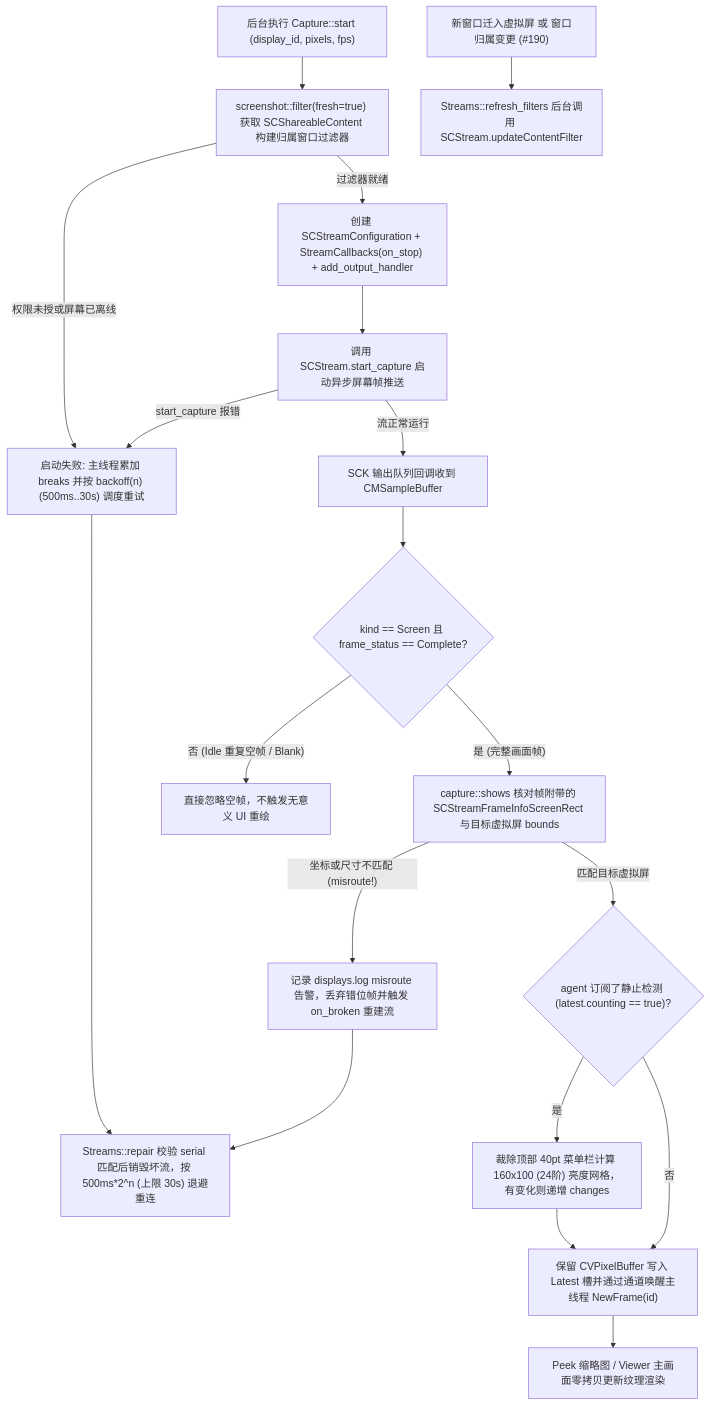
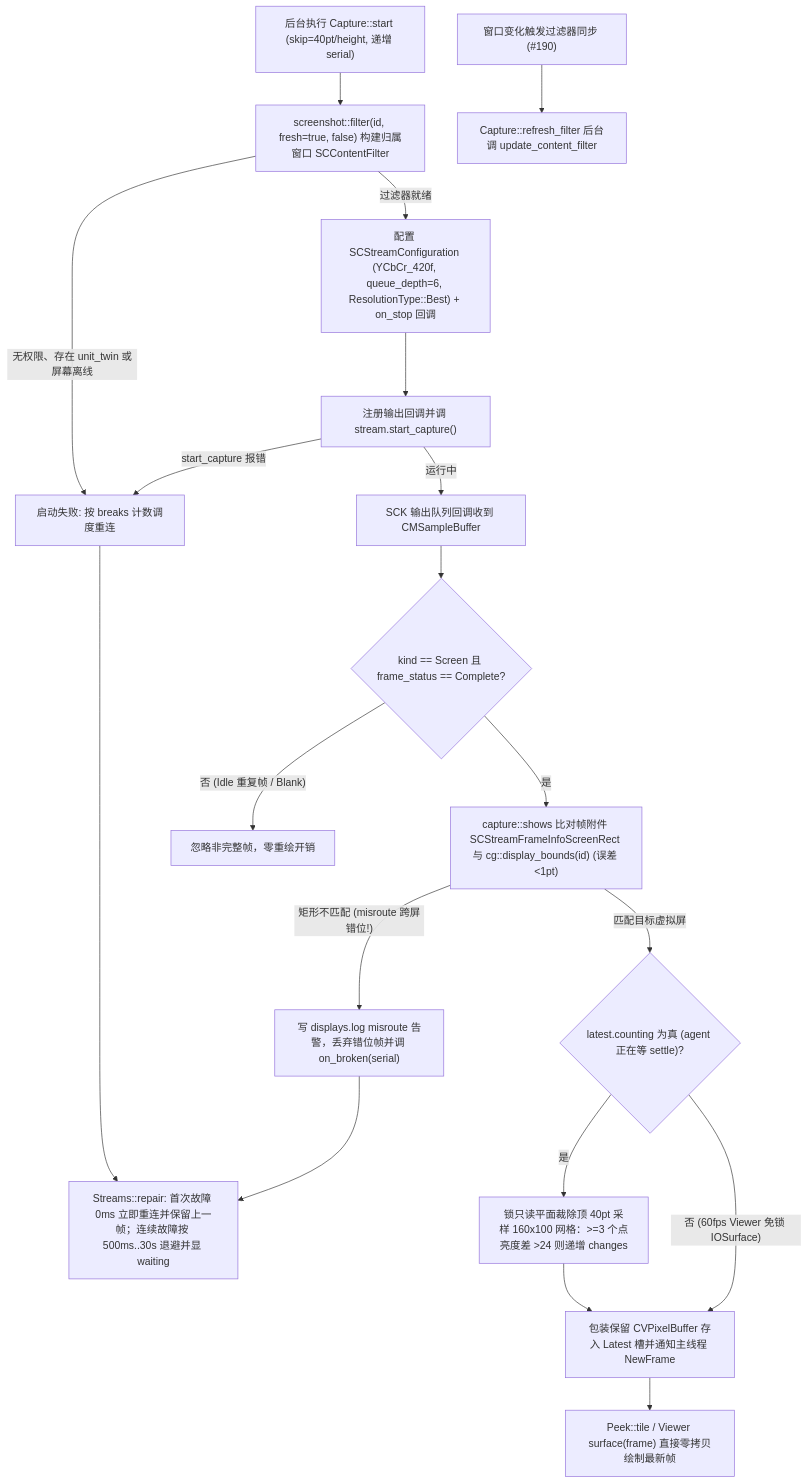
The second of 2 diagrams in docs/flows/09-peek-and-stream-pipeline.md (Fanzzzd/agent-screen), drawn with Mermaid before and after one commit. The commit also changed other lines of this file and 16 other files, not shown here.

First line of the commit message:
docs(docs): audit flow maps row by row with source quotes

````diff
--- a/docs/flows/09-peek-and-stream-pipeline.md
+++ b/docs/flows/09-peek-and-stream-pipeline.md
@@ -69,21 +69,21 @@
 ```mermaid
 flowchart TD
-    C1["后台执行 Capture::start (display_id, pixels, fps)"] --> C2["screenshot::filter(fresh=true) 获取 SCShareableContent 构建归属窗口过滤器"]
-    C2 -->|"权限未授或屏幕已离线"| CX1["启动失败: 主线程累加 breaks 并按 backoff(n) (500ms..30s) 调度重试"]
-    C2 -->|"过滤器就绪"| C3["创建 SCStreamConfiguration + StreamCallbacks(on_stop) + add_output_handler"]
-    C3 --> C4["调用 SCStream.start_capture 启动异步屏幕帧推送"]
+    C1["后台执行 Capture::start (skip=40pt/height, 递增 serial)"] --> C2["screenshot::filter(id, fresh=true, false) 构建归属窗口 SCContentFilter"]
+    C2 -->|"无权限、存在 unit_twin 或屏幕离线"| CX1["启动失败: 按 breaks 计数调度重连"]
+    C2 -->|"过滤器就绪"| C3["配置 SCStreamConfiguration (YCbCr_420f, queue_depth=6, ResolutionType::Best) + on_stop 回调"]
+    C3 --> C4["注册输出回调并调 stream.start_capture()"]
     C4 -->|"start_capture 报错"| CX1
-    C4 -->|"流正常运行"| F1["SCK 输出队列回调收到 CMSampleBuffer"]
+    C4 -->|"运行中"| F1["SCK 输出队列回调收到 CMSampleBuffer"]
     F1 --> F2{"kind == Screen 且 frame_status == Complete?"}
-    F2 -->|"否 (Idle 重复空帧 / Blank)"| FX1["直接忽略空帧，不触发无意义 UI 重绘"]
-    F2 -->|"是 (完整画面帧)"| F3["capture::shows 核对帧附带的 SCStreamFrameInfoScreenRect 与目标虚拟屏 bounds"]
-    F3 -->|"坐标或尺寸不匹配 (misroute!)"| FX2["记录 displays.log misroute 告警，丢弃错位帧并触发 on_broken 重建流"]
-    F3 -->|"匹配目标虚拟屏"| F4{"agent 订阅了静止检测 (latest.counting == true)?"}
-    F4 -->|"是"| F5["裁除顶部 40pt 菜单栏计算 160x100 (24阶) 亮度网格，有变化则递增 changes"]
-    F4 -->|"否"| F6["保留 CVPixelBuffer 写入 Latest 槽并通过通道唤醒主线程 NewFrame(id)"]
+    F2 -->|"否 (Idle 重复帧 / Blank)"| FX1["忽略非完整帧，零重绘开销"]
+    F2 -->|"是"| F3["capture::shows 比对帧附件 SCStreamFrameInfoScreenRect 与 cg::display_bounds(id) (误差 <1pt)"]
+    F3 -->|"矩形不匹配 (misroute 跨屏错位!)"| FX2["写 displays.log misroute 告警，丢弃错位帧并调 on_broken(serial)"]
+    F3 -->|"匹配目标虚拟屏"| F4{"latest.counting 为真 (agent 正在等 settle)?"}
+    F4 -->|"是"| F5["锁只读平面裁除顶 40pt 采样 160x100 网格：>=3 个点亮度差 >24 则递增 changes"]
+    F4 -->|"否 (60fps Viewer 免锁 IOSurface)"| F6["包装保留 CVPixelBuffer 存入 Latest 槽并通知主线程 NewFrame"]
     F5 --> F6
-    F6 --> F7["Peek 缩略图 / Viewer 主画面零拷贝更新纹理渲染"]
-    W1["新窗口迁入虚拟屏 或 窗口归属变更 (#190)"] --> W2["Streams::refresh_filters 后台调用 SCStream.updateContentFilter"]
-    FX2 --> R1["Streams::repair 校验 serial 匹配后销毁坏流，按 500ms*2^n (上限 30s) 退避重连"]
+    F6 --> F7["Peek::tile / Viewer surface(frame) 直接零拷贝绘制最新帧"]
+    W1["窗口变化触发过滤器同步 (#190)"] --> W2["Capture::refresh_filter 后台调 update_content_filter"]
+    FX2 --> R1["Streams::repair: 首次故障 0ms 立即重连并保留上一帧；连续故障按 500ms..30s 退避并显 waiting"]
     CX1 --> R1
 ```
````
